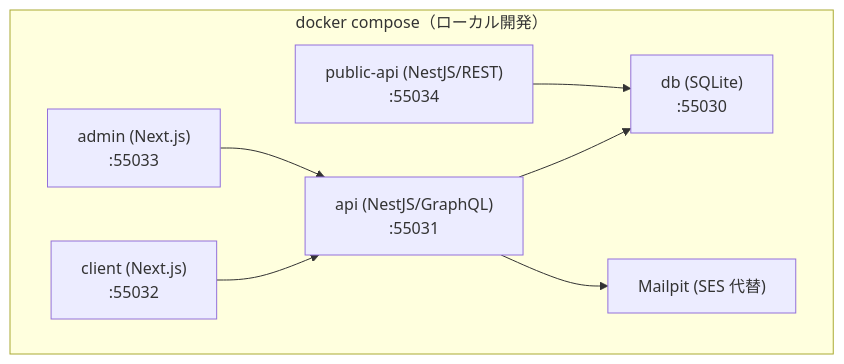
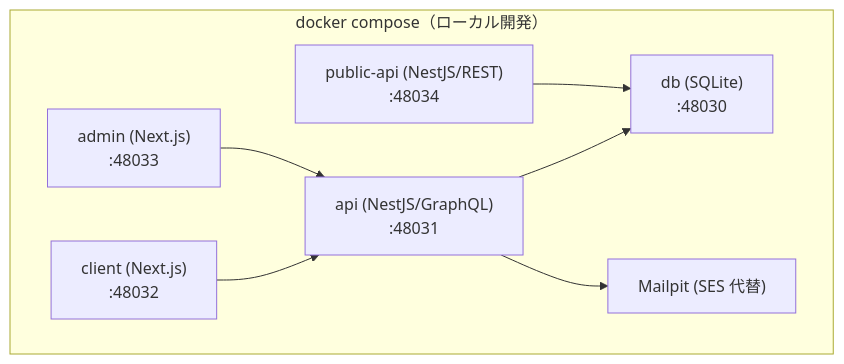
The diagram in docs/GUIDES/coding/03-docker.md (kurachiweb/genai-example-1-profile-community), drawn with Mermaid before and after one commit. The commit also changed other lines of this file and 15 other files, not shown here.

````diff
--- a/docs/GUIDES/coding/03-docker.md
+++ b/docs/GUIDES/coding/03-docker.md
@@ -18,16 +18,16 @@
 ```mermaid
 flowchart TB
     subgraph compose["docker compose（ローカル開発）"]
-        DB["db (SQLite)<br/>:55030"]
-        API["api (NestJS/GraphQL)<br/>:55031"]
-        CLIENT["client (Next.js)<br/>:55032"]
-        ADMIN["admin (Next.js)<br/>:55033"]
-        PUBAPI["public-api (NestJS/REST)<br/>:55034"]
+        DB["db (SQLite)<br/>:48030"]
+        API["api (NestJS/GraphQL)<br/>:48031"]
+        CLIENT["client (Next.js)<br/>:48032"]
+        ADMIN["admin (Next.js)<br/>:48033"]
+        PUBAPI["public-api (NestJS/REST)<br/>:48034"]
         MAIL["Mailpit (SES 代替)"]
     end
     CLIENT --> API
     ADMIN --> API
     API --> DB
     PUBAPI --> DB
     API --> MAIL
 ```
````
